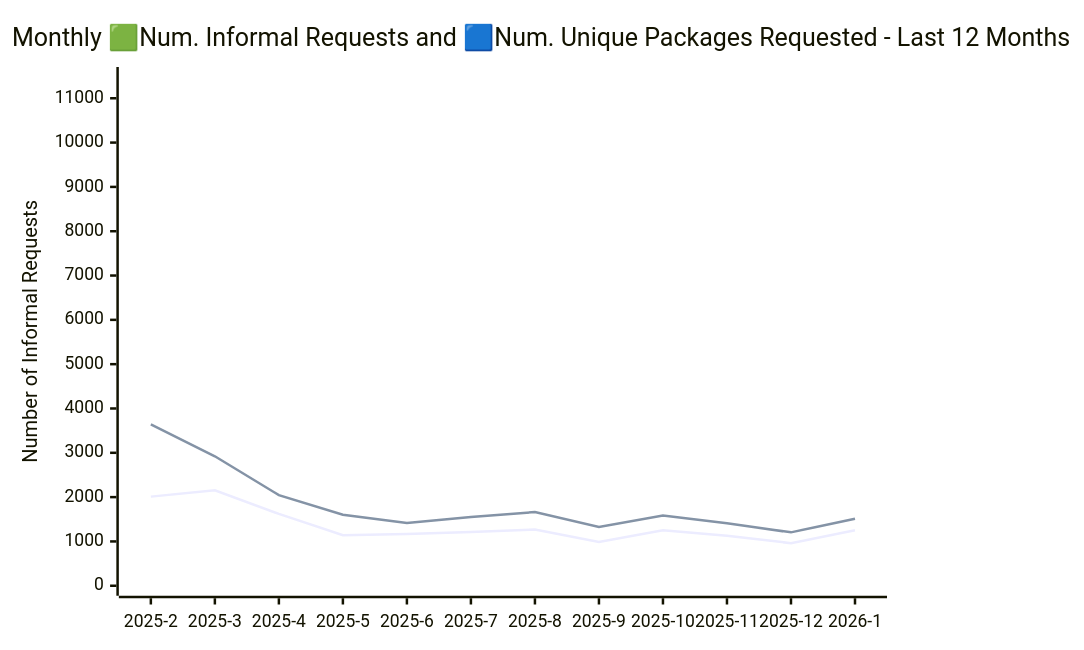
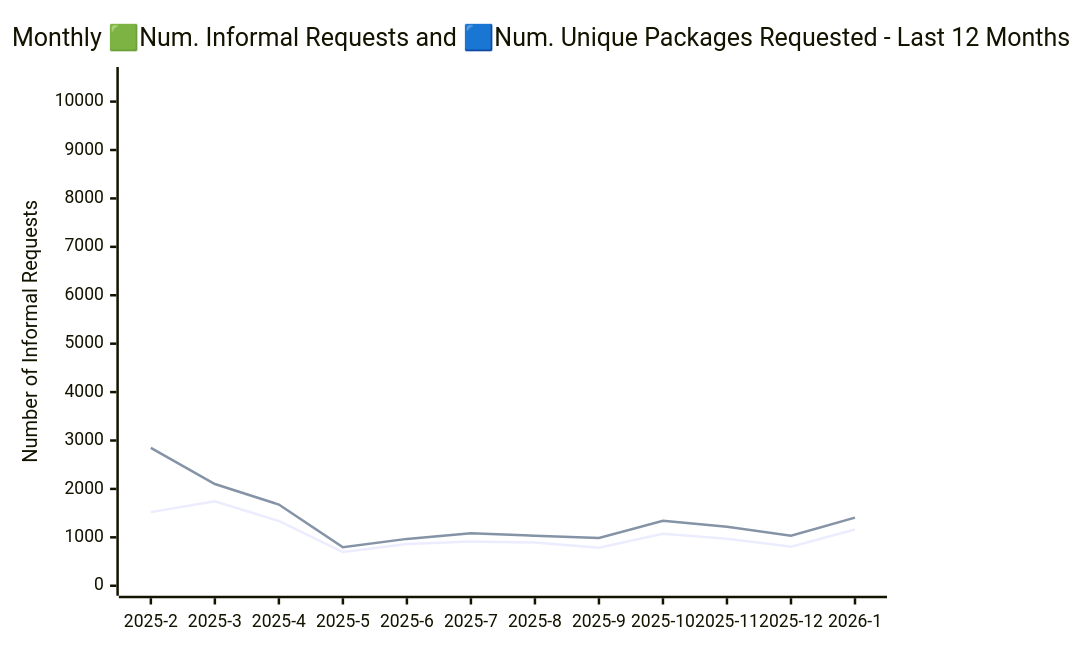
Before and after one commit to open-data/analytics-corporate-reporting: the diagram in ATI_INFORMAL_REPORT/readme.md, drawn with Mermaid. The commit also changed other lines of this file and 5 other files, not shown here.

````diff
--- a/ATI_INFORMAL_REPORT/readme.md
+++ b/ATI_INFORMAL_REPORT/readme.md
@@ -17,11 +17,11 @@
 ```mermaid
 
 xychart-beta
     title "Monthly 🟩Num. Informal Requests and 🟦Num. Unique Packages Requested - Last 12 Months"
     x-axis [2025-2, 2025-3, 2025-4, 2025-5, 2025-6, 2025-7, 2025-8, 2025-9, 2025-10, 2025-11, 2025-12, 2026-1]
-    y-axis "Unique Packages" 0 --> 8889
-    y-axis "Number of Informal Requests" 0 --> 11480
+    y-axis "Unique Packages" 0 --> 9046
+    y-axis "Number of Informal Requests" 0 --> 10508
 
-    line [2011, 2155, 1622, 1142, 1167, 1215, 1267, 988, 1253, 1129, 961, 1251]
-    line [3644, 2921, 2046, 1603, 1416, 1554, 1662, 1328, 1584, 1409, 1205, 1511]
+    line [1521, 1745, 1338, 696, 862, 912, 894, 786, 1076, 969, 807, 1161]
+    line [2846, 2102, 1677, 795, 968, 1084, 1035, 987, 1340, 1219, 1032, 1408]
 ```
````
